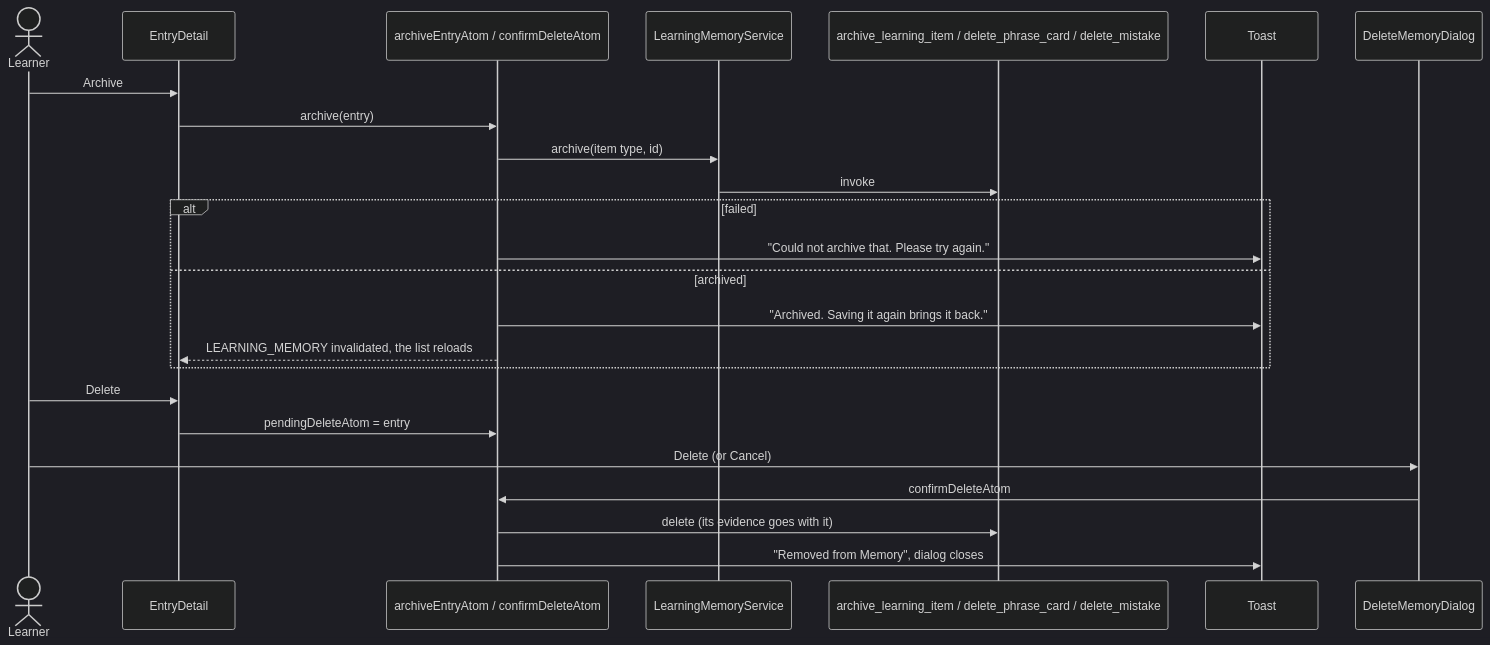
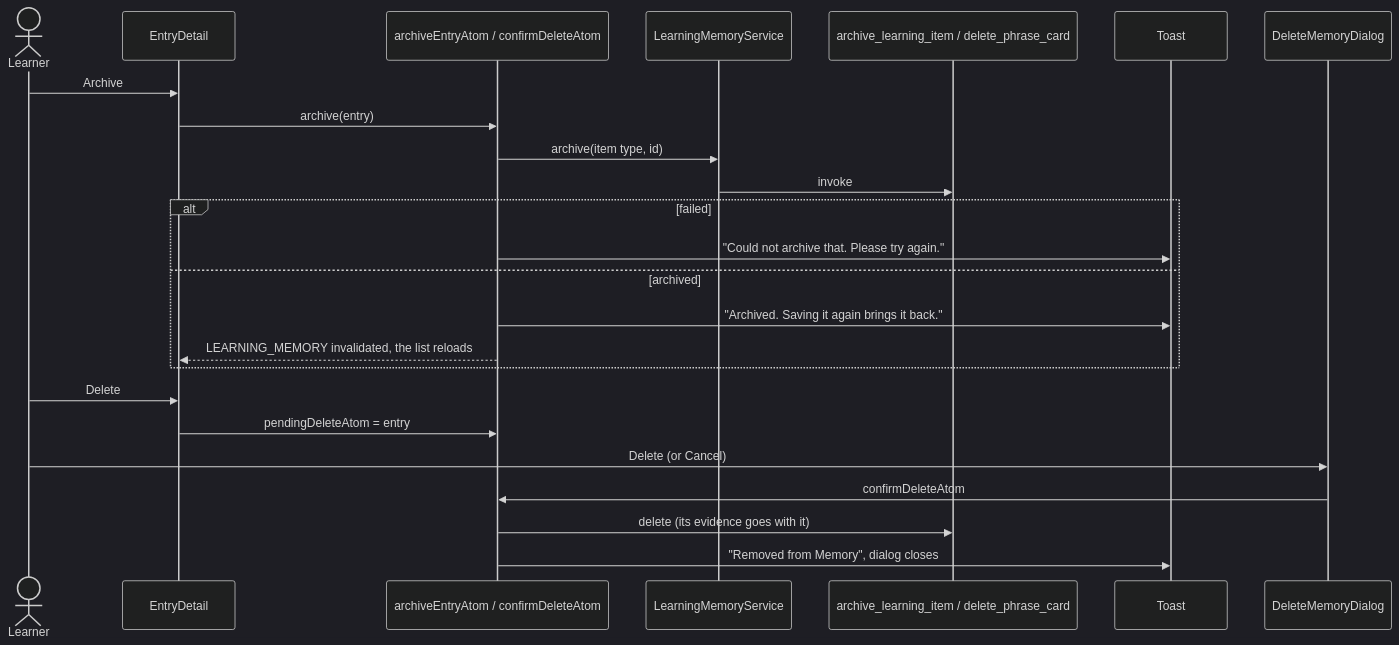
Before and after one commit to oleksii-latyshev/english-trainer: the third of 3 diagrams in src/features/memory-library/flow.md, drawn with Mermaid (dark theme). The commit also changed other lines of this file and 80 other files, not shown here.

````diff
--- a/src/features/memory-library/flow.md
+++ b/src/features/memory-library/flow.md
@@ -74,26 +73,26 @@
 ```mermaid
 sequenceDiagram
     actor Learner
     participant Detail as EntryDetail
     participant Atom as archiveEntryAtom / confirmDeleteAtom
     participant Service as LearningMemoryService
-    participant Rust as archive_learning_item / delete_phrase_card / delete_mistake
+    participant Rust as archive_learning_item / delete_phrase_card
     participant Toast
 
     Learner->>Detail: Archive
     Detail->>Atom: archive(entry)
     Atom->>Service: archive(item type, id)
     Service->>Rust: invoke
     alt failed
         Atom->>Toast: "Could not archive that. Please try again."
     else archived
         Atom->>Toast: "Archived. Saving it again brings it back."
         Atom-->>Detail: LEARNING_MEMORY invalidated, the list reloads
     end
     Learner->>Detail: Delete
     Detail->>Atom: pendingDeleteAtom = entry
     Learner->>DeleteMemoryDialog: Delete (or Cancel)
     DeleteMemoryDialog->>Atom: confirmDeleteAtom
     Atom->>Rust: delete (its evidence goes with it)
     Atom->>Toast: "Removed from Memory", dialog closes
 ```
````
